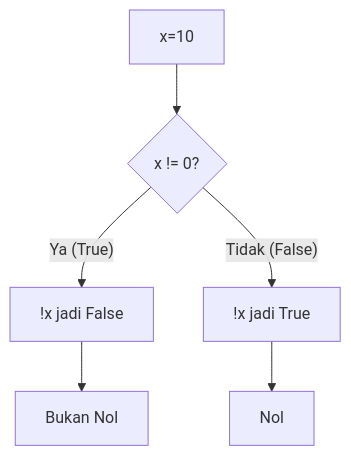
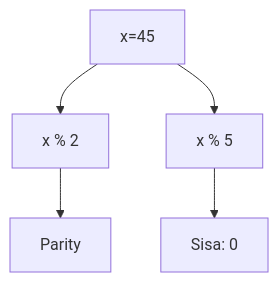
One commit to amnahwaida/OSNK_INF_PREP changed the sixth of 25 diagrams in part-c-pemahaman-cpp/02-percabangan/latihan/set-10.md. Above: the diagram before and after it, drawn with Mermaid. The commit also changed other lines of this file and 71 other files, not shown here.

````diff
--- a/part-c-pemahaman-cpp/02-percabangan/latihan/set-10.md
+++ b/part-c-pemahaman-cpp/02-percabangan/latihan/set-10.md
@@ -236,8 +172,7 @@
 ```mermaid
 graph TD
-    A[x=10] --> B{x != 0?}
-    B -- Ya (True) --> C["!x jadi False"]
-    B -- Tidak (False) --> D["!x jadi True"]
-    C --> E[Bukan Nol]
-    D --> F[Nol]
+A[x=45] --> B[x % 2]
+B --> C[Parity]
+A --> D[x % 5]
+D --> E[Sisa: 0]
 ```
````
